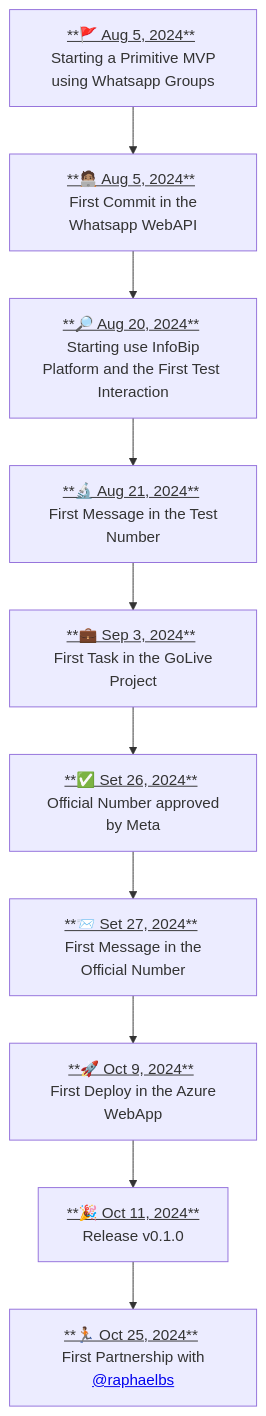
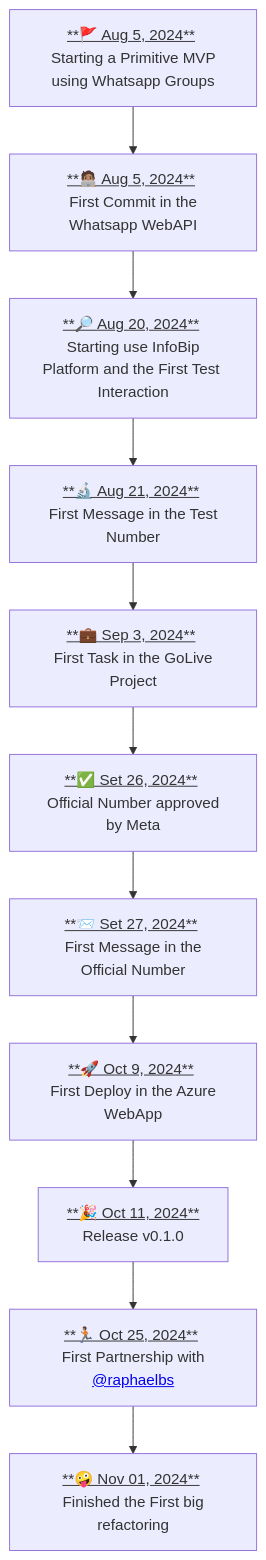
One commit to easy-financial/.github changed the diagram in profile/README.md. Above: the diagram before and after it, drawn with Mermaid.

````diff
--- a/profile/README.md
+++ b/profile/README.md
@@ -64,12 +64,13 @@
 ```mermaid
 graph TD
     A[<u>**🚩 Aug 5, 2024**</u> <br> Starting a Primitive MVP using Whatsapp Groups] --> B[<u>**🧑🏽‍💻 Aug 5, 2024**</u> <br> First Commit in the Whatsapp WebAPI]
     B --> C[<u>**🔎 Aug 20, 2024**</u> <br> Starting use InfoBip Platform and the First Test Interaction]
     C --> D[<u>**🔬 Aug 21, 2024**</u> <br> First Message in the Test Number]
     D --> E[<u>**💼 Sep 3, 2024**</u> <br> First Task in the GoLive Project]
     E --> F[<u>**✅ Set 26, 2024**</u> <br> Official Number approved by Meta]
     F --> G[<u>**📨 Set 27, 2024**</u> <br> First Message in the Official Number]
     G --> H[<u>**🚀 Oct 9, 2024**</u> <br> First Deploy in the Azure WebApp]
     H --> I[<u>**🎉 Oct 11, 2024**</u> <br> Release v0.1.0]
     I --> J[<u>**🏃🏽 Oct 25, 2024**</u> <br> First Partnership with <a href="https://github.com/raphaelbs">@raphaelbs</a> ]
+    J --> K[<u>**🤪 Nov 01, 2024**</u> <br> Finished the First big refactoring ]
 ```
````
